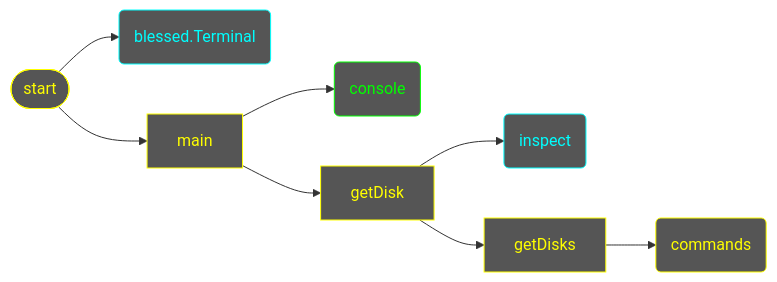
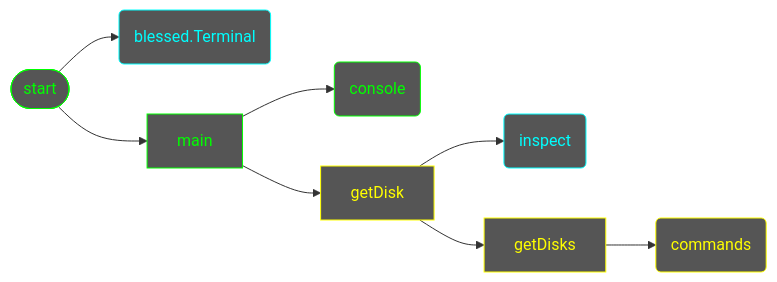
The diagram in scripts/get_disk/design.md (7s4e/p3), drawn with Mermaid before and after one commit. The commit also changed 6 other files, not shown here.

````diff
--- a/scripts/get_disk/design.md
+++ b/scripts/get_disk/design.md
@@ -2,29 +2,29 @@
 ```mermaid
 flowchart LR
     classDef complete color:#0f0,stroke:#0f0,fill:#555
     classDef working color:#ff0,stroke:#ff0,fill:#555
     classDef library color:#0ff,stroke:#0ff,fill:#555
     IF([start])
-        IF:::working
+        IF:::complete
         IF --> TRM
         IF --> MAIN
     TRM(blessed.Terminal)
         TRM:::library
     MAIN[main]
-        MAIN:::working
+        MAIN:::complete
         MAIN --> CON
         MAIN --> GD
     CON(console)
         CON:::complete
     GD[getDisk]
         GD:::working
         GD --> INSP
         GD --> GDS
     INSP(inspect)
         INSP:::library
     GDS[getDisks]
         GDS:::working
         GDS --> CMD
     CMD(commands)
         CMD:::working
 ```
````
